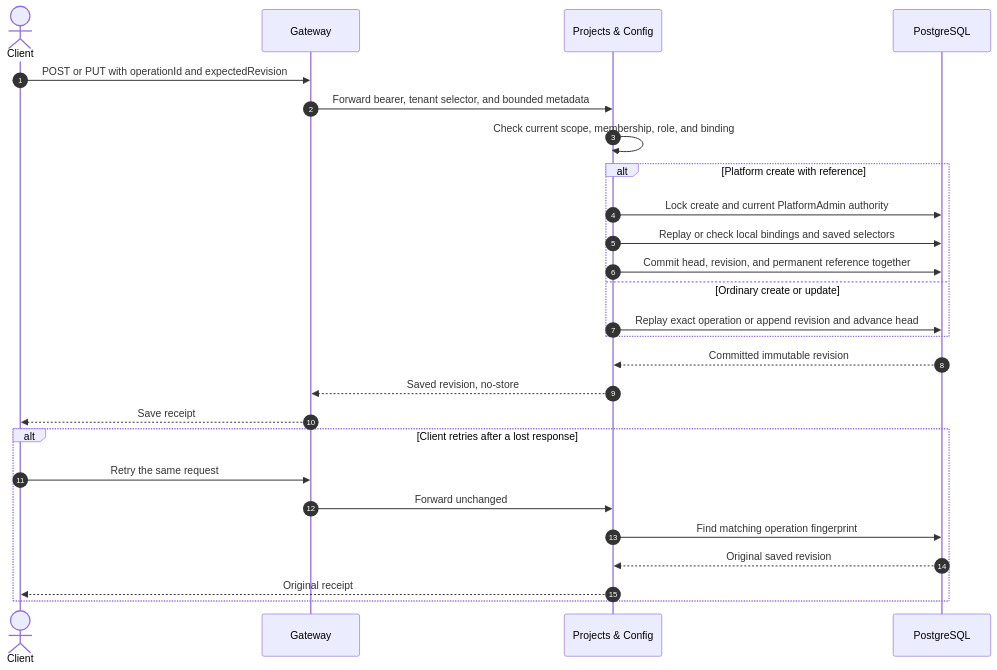
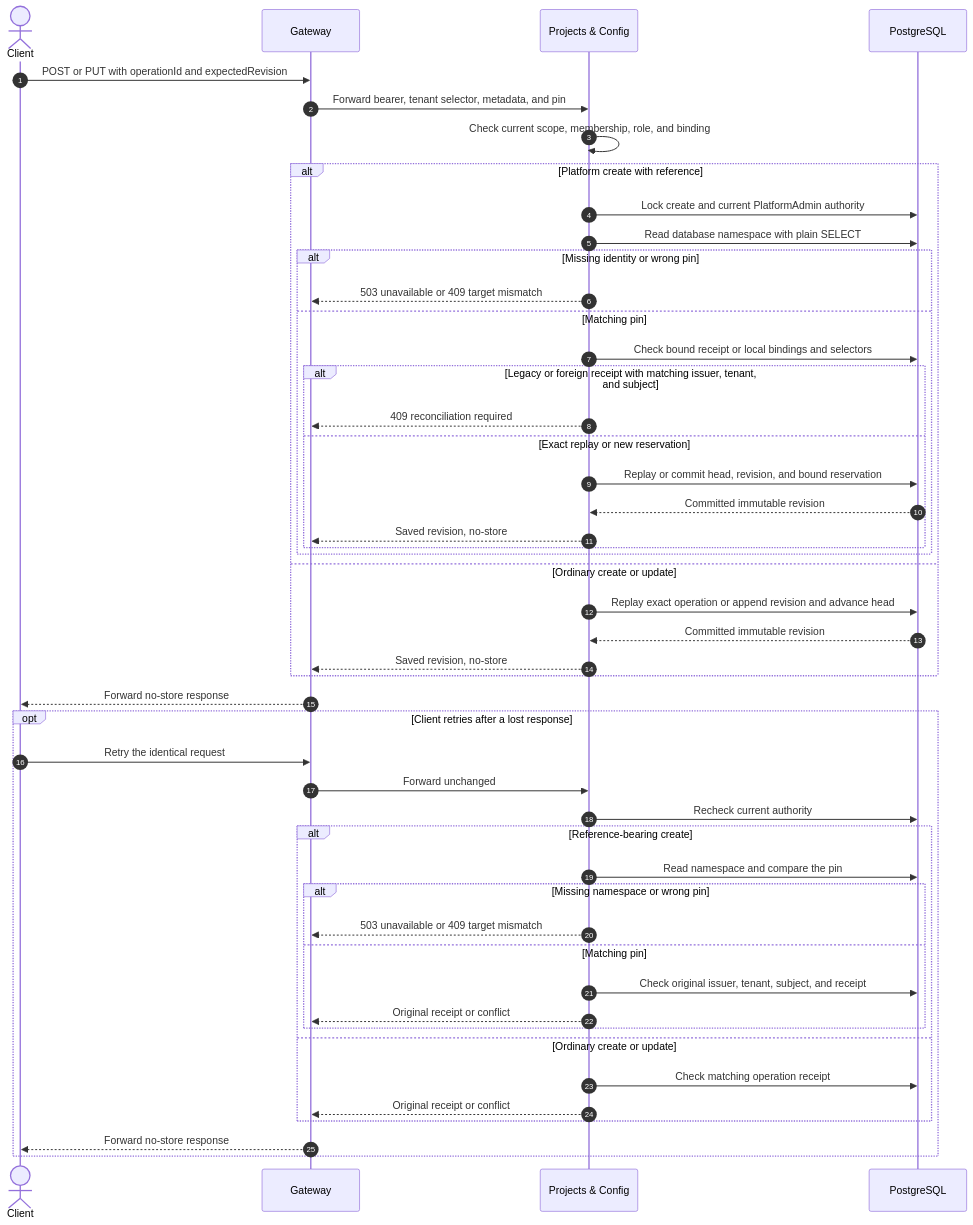
Before and after one commit to sabbour/agentweaver: the first of 14 diagrams in docs/architecture/projects-config.md, drawn with Mermaid. The commit also changed other lines of this file and 44 other files, not shown here.

Commit message:
feat(projects): bind provider references to installation identity

````diff
--- a/docs/architecture/projects-config.md
+++ b/docs/architecture/projects-config.md
@@ -46,28 +49,50 @@
 ```mermaid
 sequenceDiagram
     autonumber
     actor Client
     participant Gateway
     participant Projects as Projects & Config
     participant DB as PostgreSQL
     Client->>Gateway: POST or PUT with operationId and expectedRevision
-    Gateway->>Projects: Forward bearer, tenant selector, and bounded metadata
+    Gateway->>Projects: Forward bearer, tenant selector, metadata, and pin
     Projects->>Projects: Check current scope, membership, role, and binding
     alt Platform create with reference
         Projects->>DB: Lock create and current PlatformAdmin authority
-        Projects->>DB: Replay or check local bindings and saved selectors
-        Projects->>DB: Commit head, revision, and permanent reference together
+        Projects->>DB: Read database namespace with plain SELECT
+        alt Missing identity or wrong pin
+            Projects-->>Gateway: 503 unavailable or 409 target mismatch
+        else Matching pin
+            Projects->>DB: Check bound receipt or local bindings and selectors
+            alt Legacy or foreign receipt with matching issuer, tenant, and subject
+                Projects-->>Gateway: 409 reconciliation required
+            else Exact replay or new reservation
+                Projects->>DB: Replay or commit head, revision, and bound reservation
+                DB-->>Projects: Committed immutable revision
+                Projects-->>Gateway: Saved revision, no-store
+            end
+        end
     else Ordinary create or update
         Projects->>DB: Replay exact operation or append revision and advance head
+        DB-->>Projects: Committed immutable revision
+        Projects-->>Gateway: Saved revision, no-store
     end
-    DB-->>Projects: Committed immutable revision
-    Projects-->>Gateway: Saved revision, no-store
-    Gateway-->>Client: Save receipt
-    alt Client retries after a lost response
-        Client->>Gateway: Retry the same request
+    Gateway-->>Client: Forward no-store response
+    opt Client retries after a lost response
+        Client->>Gateway: Retry the identical request
         Gateway->>Projects: Forward unchanged
-        Projects->>DB: Find matching operation fingerprint
-        DB-->>Projects: Original saved revision
-        Projects-->>Client: Original receipt
+        Projects->>DB: Recheck current authority
+        alt Reference-bearing create
+            Projects->>DB: Read namespace and compare the pin
+            alt Missing namespace or wrong pin
+                Projects-->>Gateway: 503 unavailable or 409 target mismatch
+            else Matching pin
+                Projects->>DB: Check original issuer, tenant, subject, and receipt
+                Projects-->>Gateway: Original receipt or conflict
+            end
+        else Ordinary create or update
+            Projects->>DB: Check matching operation receipt
+            Projects-->>Gateway: Original receipt or conflict
+        end
+        Gateway-->>Client: Forward no-store response
     end
 ```
````
